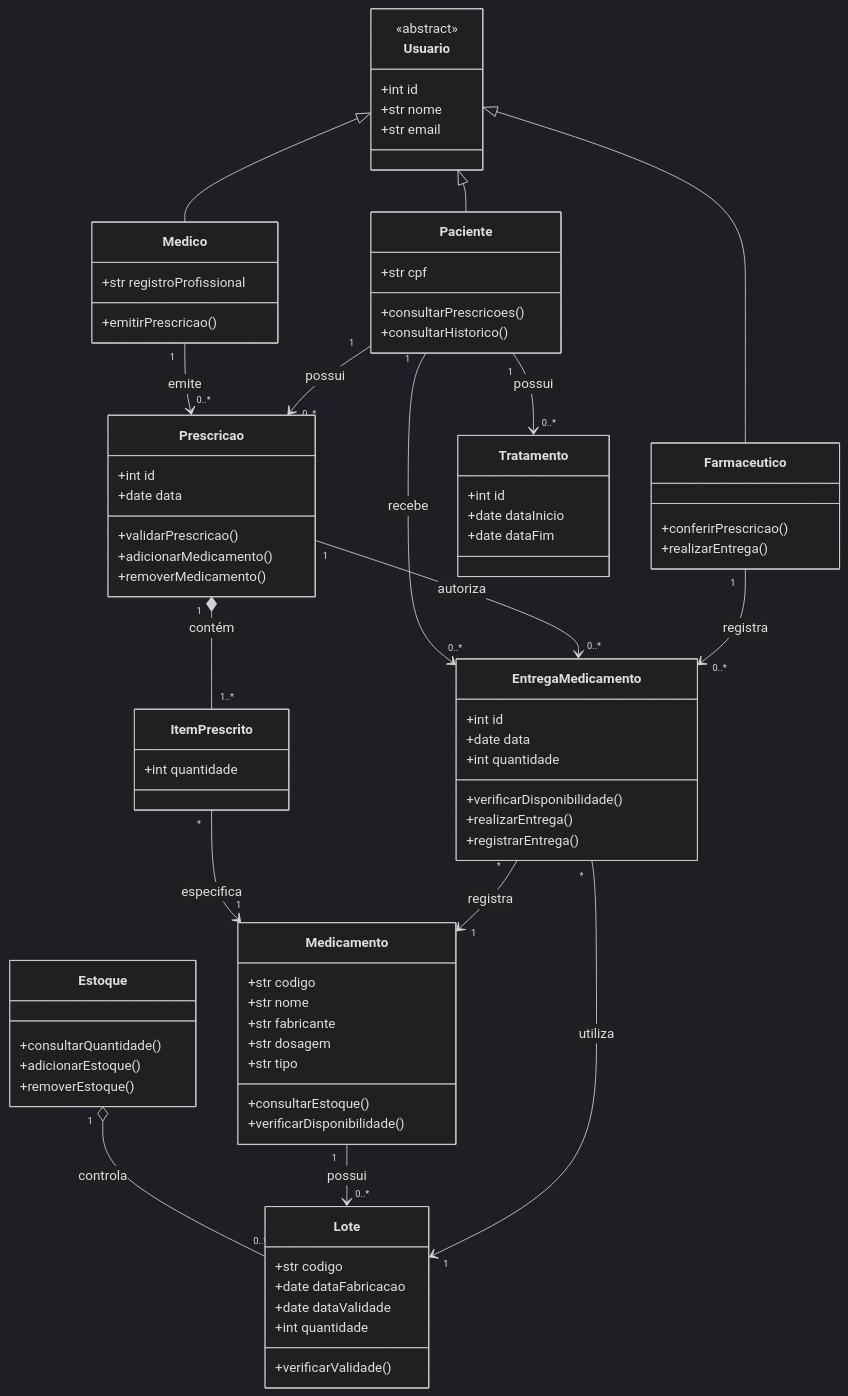
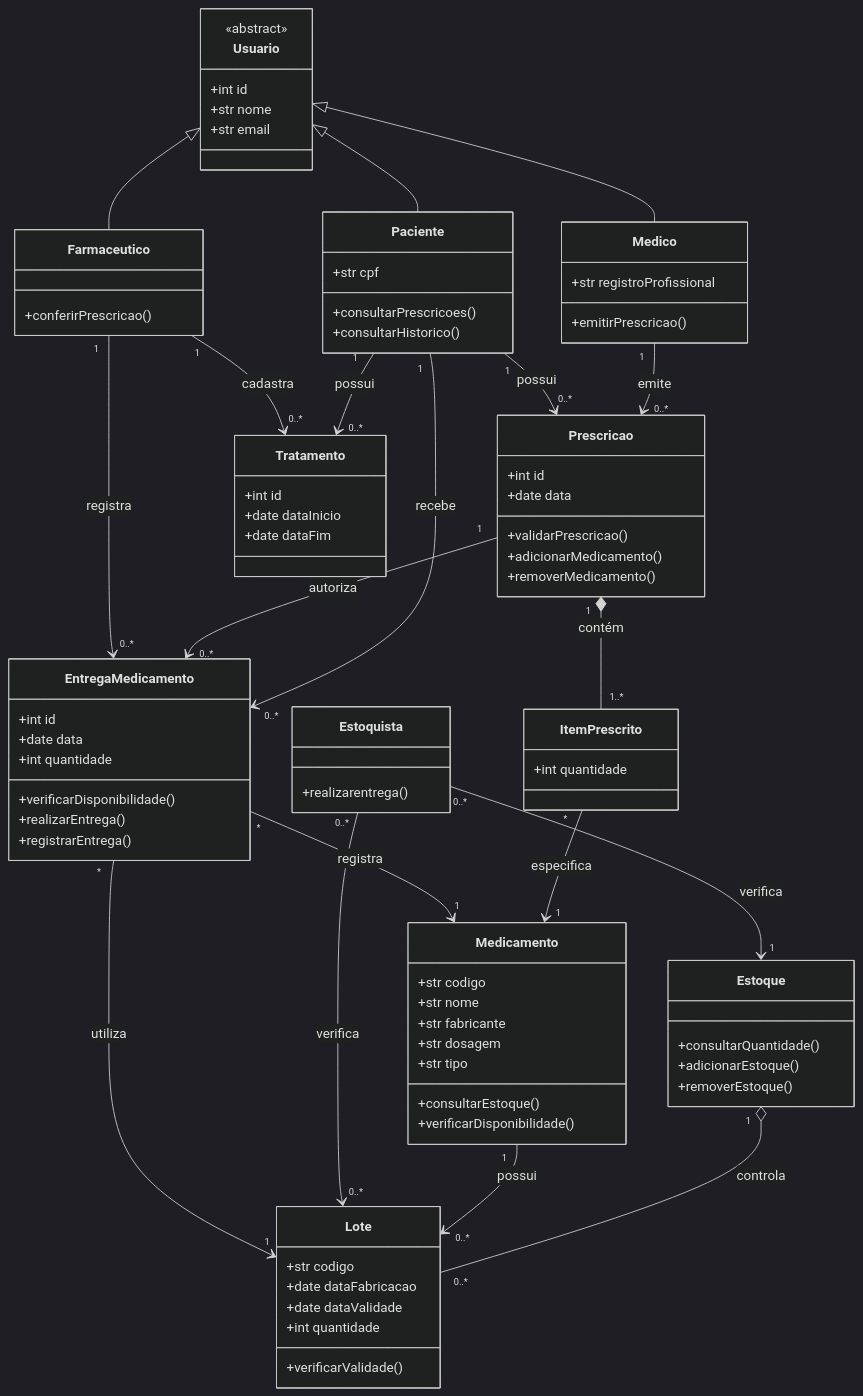
The second of 2 diagrams in README.md (Gabrielferso/PharmaCare-POO-Final), drawn with Mermaid (dark theme) before and after one commit.

Commit message:
Atualizando UML

````diff
--- a/README.md
+++ b/README.md
@@ -382,7 +382,10 @@
 
     class Farmaceutico {
         +conferirPrescricao()
-        +realizarEntrega()
+    }
+
+    class Estoquista {
+      +realizarentrega()
     }
 
     class Medicamento {
@@ -448,10 +451,13 @@
     Paciente "1" --> "0..*" Tratamento : possui
     Estoque "1" o-- "0..*" Lote : controla
     Medicamento "1" --> "0..*" Lote : possui
+    Estoquista "0..*" --> "1" Estoque : verifica
+    Estoquista "0..*" --> "0..*" Lote : verifica
 
     Paciente "1" --> "0..*" EntregaMedicamento : recebe
     Prescricao "1" --> "0..*" EntregaMedicamento : autoriza
     Farmaceutico "1" --> "0..*" EntregaMedicamento : registra
+    Farmaceutico "1" --> "0..*" Tratamento : cadastra
     EntregaMedicamento "*" --> "1" Medicamento : registra
     EntregaMedicamento "*" --> "1" Lote : utiliza
 ```
````
